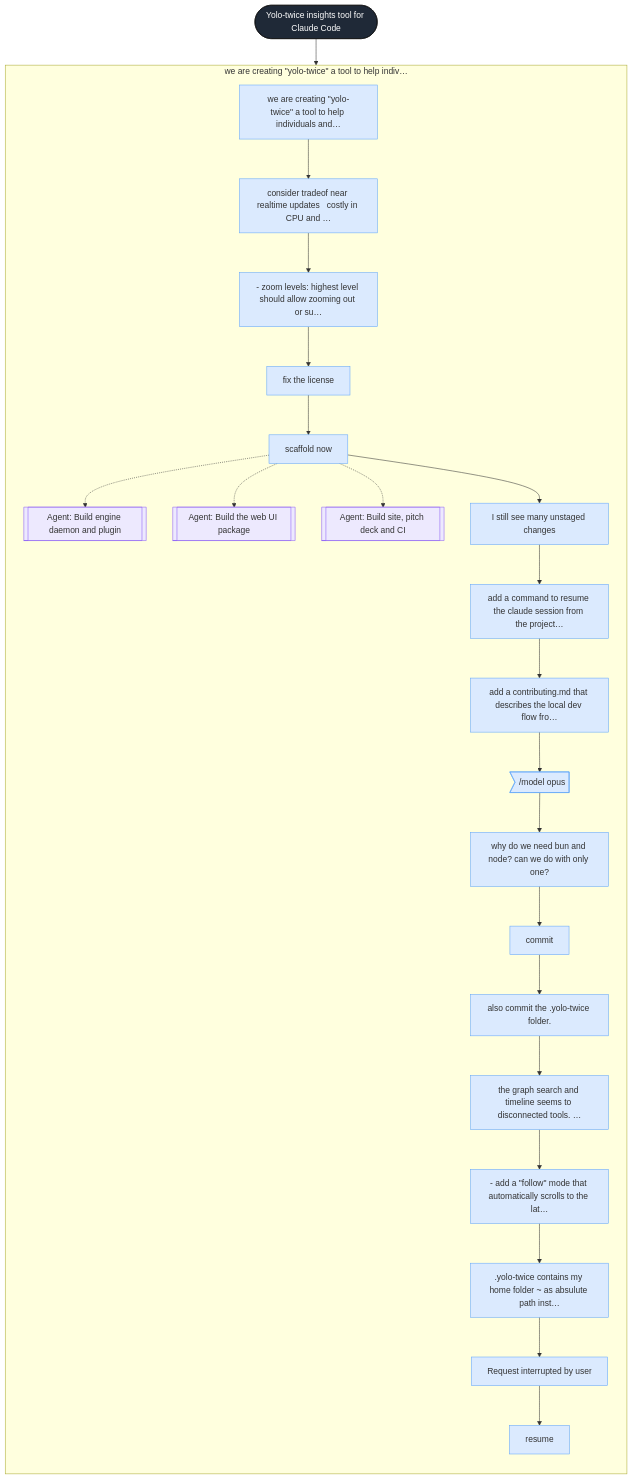
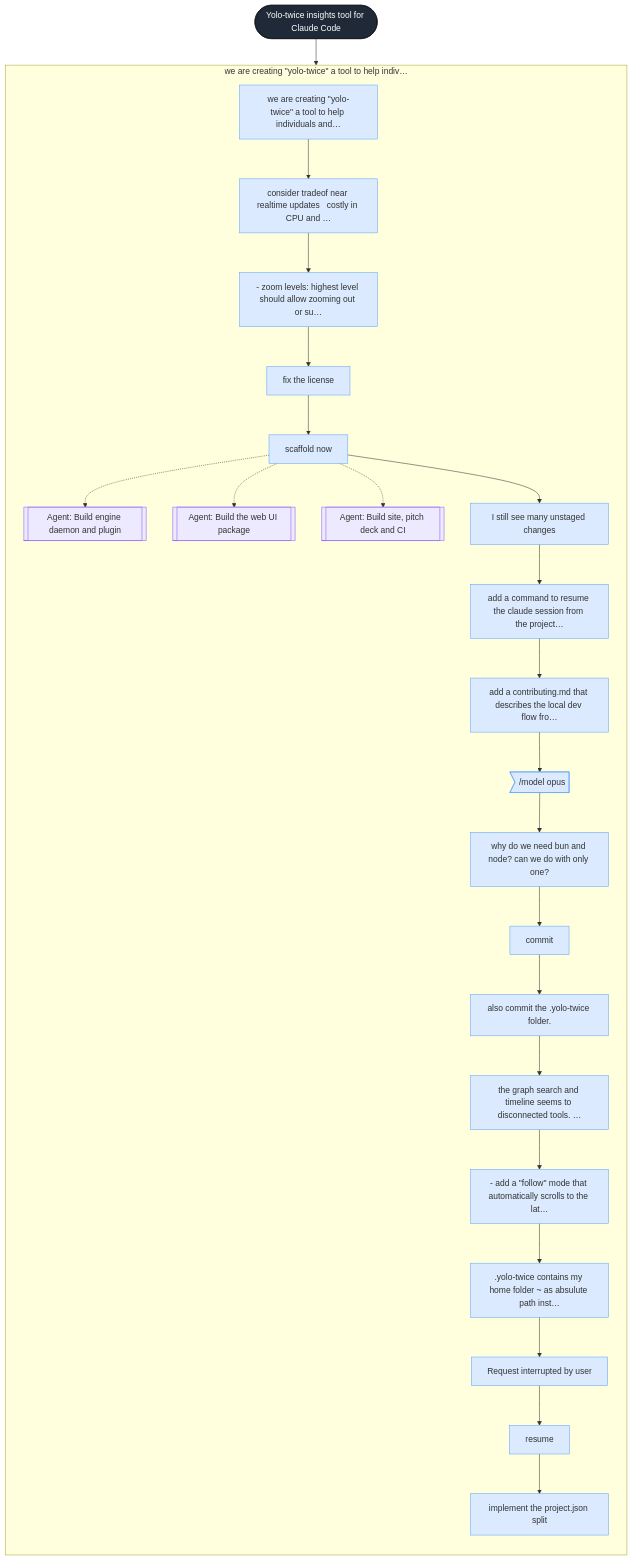
One commit to bar9/yolo-twice changed the diagram in .yolo-twice/sessions/34b27ceb-5af1-4142-8334-ab80a4310636/graph.mmd. Above: the diagram before and after it, drawn with Mermaid. The commit also changed 9 other files, not shown here.

Commit message:
Migrate .yolo-twice to the split layout: project.json and cursors leave the repo, meta.json per session, team default attention balanced (personal choice in local.json)

```diff
--- a/.yolo-twice/sessions/34b27ceb-5af1-4142-8334-ab80a4310636/graph.mmd
+++ b/.yolo-twice/sessions/34b27ceb-5af1-4142-8334-ab80a4310636/graph.mmd
@@ -1,75 +1,78 @@
 flowchart TD
   s_34b27ceb_5af1_4142_8334_ab80a4310636(["Yolo-twice insights tool for Claude Code"])
   subgraph p1 ["we are creating #quot;yolo-twice#quot; a tool to help indiv…"]
     direction TD
     t1["we are creating #quot;yolo-twice#quot; a tool to help individuals and…"]
     t2["consider tradeof near realtime updates   costly in CPU and …"]
     t3["- zoom levels: highest level should allow zooming out or su…"]
     t4["fix the license"]
     t5["scaffold now"]
     t5_s51[["Agent: Build engine daemon and plugin"]]
     t5_s52[["Agent: Build the web UI package"]]
     t5_s53[["Agent: Build site, pitch deck and CI"]]
     t6["I still see many unstaged changes"]
     t7["add a command to resume the claude session from the project…"]
     t8["add a contributing.md that describes the local dev flow fro…"]
     t9>"/model opus"]
     t10["why do we need bun and node? can we do with only one?"]
     t11["commit"]
     t12["also commit the .yolo-twice folder."]
     t13["the graph search and timeline seems to disconnected tools. …"]
     t14["- add a #quot;follow#quot; mode that automatically scrolls to the lat…"]
     t15[".yolo-twice contains my home folder ~ as absulute path inst…"]
     t16[" Request interrupted by user "]
     t17["resume"]
+    t18["implement the project.json split"]
   end
   s_34b27ceb_5af1_4142_8334_ab80a4310636 --> t1
   t1 --> t2
   t2 --> t3
   t3 --> t4
   t4 --> t5
   t5 -.-> t5_s51
   t5 -.-> t5_s52
   t5 -.-> t5_s53
   t5 --> t6
   t6 --> t7
   t7 --> t8
   t8 --> t9
   t9 --> t10
   t10 --> t11
   t11 --> t12
   t12 --> t13
   t13 --> t14
   t14 --> t15
   t15 --> t16
   t16 --> t17
+  t17 --> t18
   classDef session fill:#1f2937,color:#fff,stroke:#111;
   classDef phase fill:#e5e7eb,stroke:#9ca3af;
   classDef turn fill:#dbeafe,stroke:#60a5fa;
   classDef branch fill:#fde68a,stroke:#d97706;
   classDef subagent fill:#ede9fe,stroke:#8b5cf6;
   classDef tool fill:#dcfce7,stroke:#22c55e;
   classDef error fill:#fee2e2,stroke:#ef4444;
   classDef text fill:#f3f4f6,stroke:#9ca3af;
   classDef thinking fill:#f3f4f6,stroke:#d1d5db,stroke-dasharray: 3 3;
   class s_34b27ceb_5af1_4142_8334_ab80a4310636 session;
   class t1 turn;
   class t2 turn;
   class t3 turn;
   class t4 turn;
   class t5 turn;
   class t5_s51 subagent;
   class t5_s52 subagent;
   class t5_s53 subagent;
   class t6 turn;
   class t7 turn;
   class t8 turn;
   class t9 turn;
   class t10 turn;
   class t11 turn;
   class t12 turn;
   class t13 turn;
   class t14 turn;
   class t15 turn;
   class t16 turn;
   class t17 turn;
+  class t18 turn;
```
